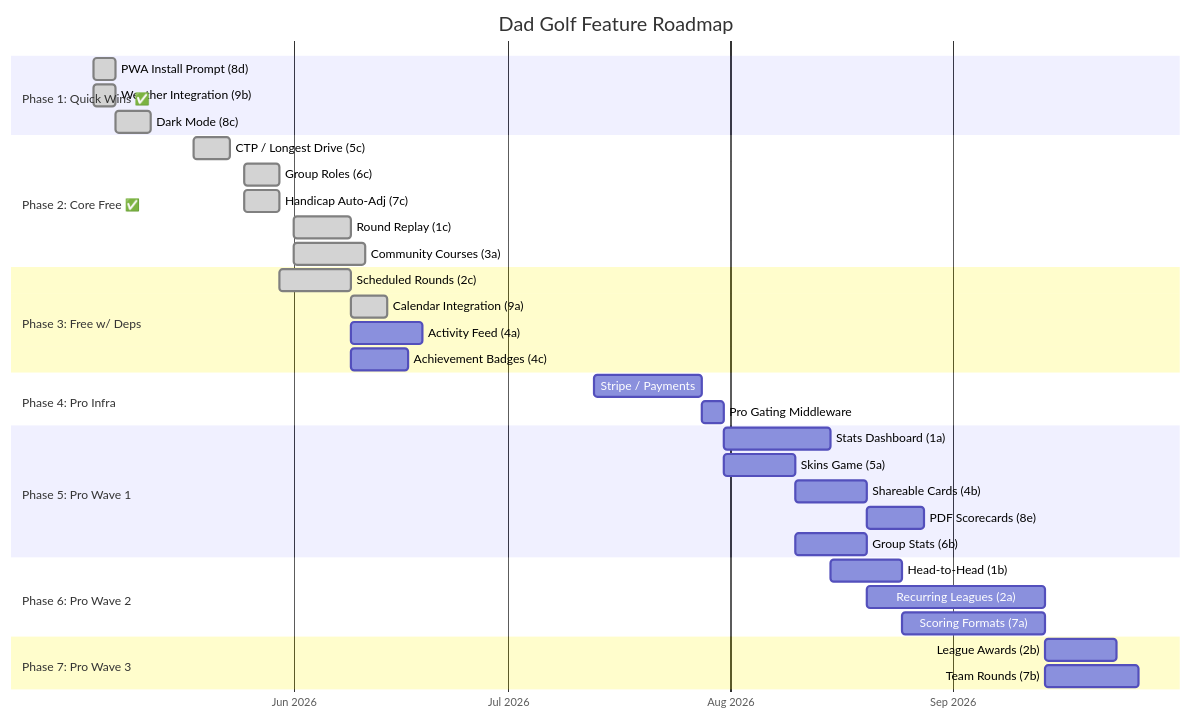
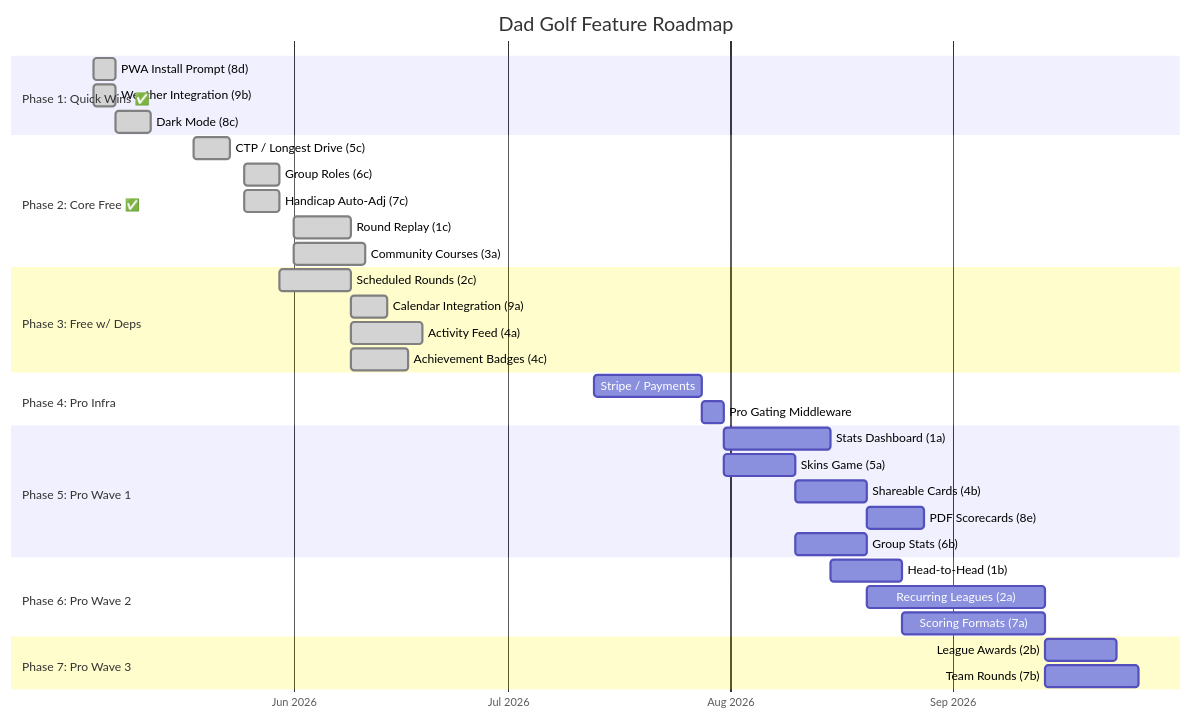
Before and after one commit to Lachy-Dauth/dad-golf: the second of 2 diagrams in docs/roadmap.md, drawn with Mermaid. The commit also changed other lines of this file and 3 other files, not shown here.

````diff
--- a/docs/roadmap.md
+++ b/docs/roadmap.md
@@ -94,44 +94,44 @@
 ```mermaid
 gantt
     title Dad Golf Feature Roadmap
     dateFormat YYYY-MM-DD
     axisFormat %b %Y
 
     section Phase 1: Quick Wins ✅
     PWA Install Prompt (8d)         :done, p1b, 2026-05-04, 3d
     Weather Integration (9b)        :done, p1c, 2026-05-04, 3d
     Dark Mode (8c)                  :done, p1d, 2026-05-07, 5d
 
     section Phase 2: Core Free ✅
     CTP / Longest Drive (5c)        :done, p2b, 2026-05-18, 5d
     Group Roles (6c)                :done, p2d, 2026-05-25, 5d
     Handicap Auto-Adj (7c)          :done, p2e, 2026-05-25, 5d
     Round Replay (1c)               :done, p2a, 2026-06-01, 8d
     Community Courses (3a)          :done, p2f, 2026-06-01, 10d
 
     section Phase 3: Free w/ Deps
     Scheduled Rounds (2c)           :done, p3b, after p2d, 10d
     Calendar Integration (9a)       :done, p3c, after p3b, 5d
-    Activity Feed (4a)              :p3d, after p2a, 10d
-    Achievement Badges (4c)         :p3e, after p2a, 8d
+    Activity Feed (4a)              :done, p3d, after p2a, 10d
+    Achievement Badges (4c)         :done, p3e, after p2a, 8d
 
     section Phase 4: Pro Infra
     Stripe / Payments               :p4a, 2026-07-13, 15d
     Pro Gating Middleware            :p4b, after p4a, 3d
 
     section Phase 5: Pro Wave 1
     Stats Dashboard (1a)            :p5a, after p4b, 15d
     Skins Game (5a)                 :p5b, after p4b, 10d
     Shareable Cards (4b)            :p5c, after p5b, 10d
     PDF Scorecards (8e)             :p5d, after p5c, 8d
     Group Stats (6b)                :p5e, after p5b, 10d
 
     section Phase 6: Pro Wave 2
     Head-to-Head (1b)               :p6a, after p5a, 10d
     Recurring Leagues (2a)          :p6b, after p5e, 25d
     Scoring Formats (7a)            :p6c, after p6a, 20d
 
     section Phase 7: Pro Wave 3
     League Awards (2b)              :p7a, after p6b, 10d
     Team Rounds (7b)                :p7b, after p6c, 13d
 ```
````
